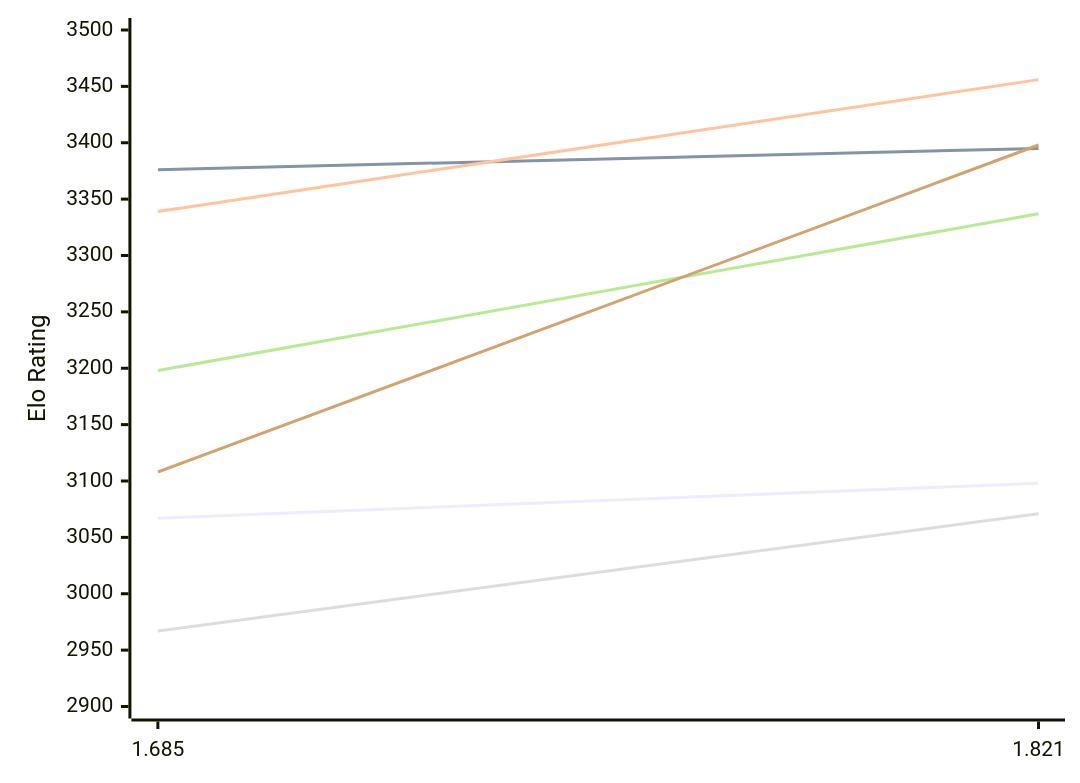
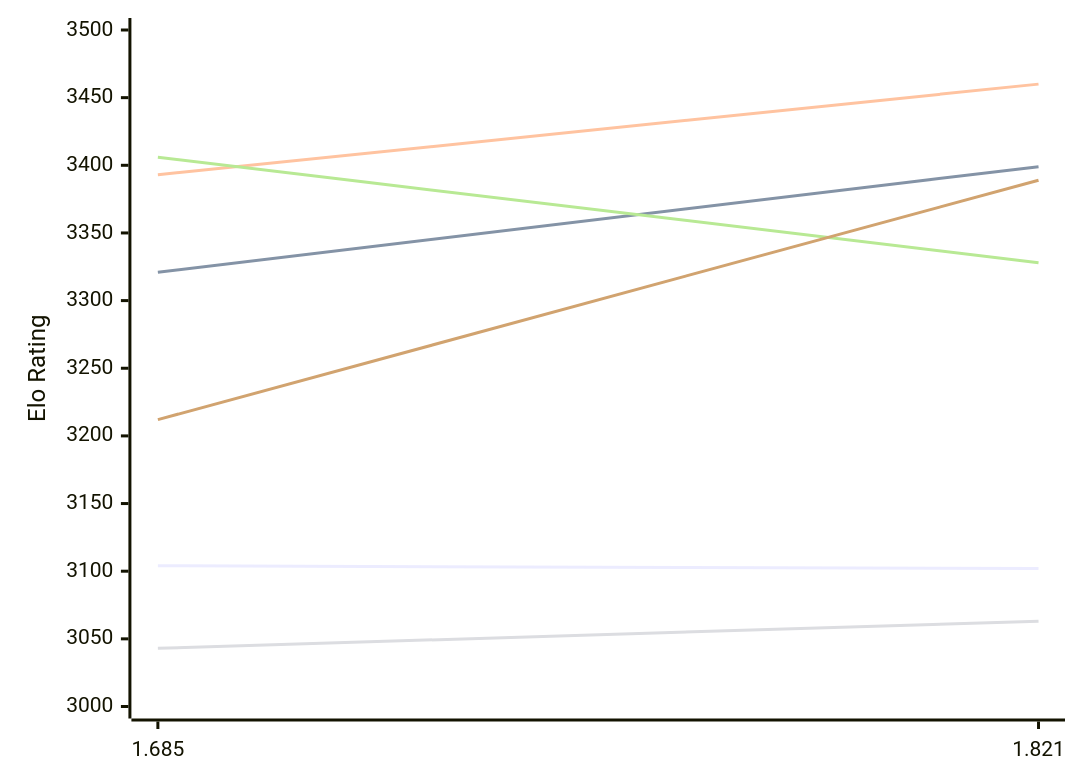
One commit to computer-chess-index/cci changed the first of 2 diagrams in engines/Malika.md. Above: the diagram before and after it, drawn with Mermaid. The commit also changed other lines of this file, not shown here.

Commit message:
Update CCI Ratings (ELO VLTC) - 2026-11-15

````diff
--- a/engines/Malika.md
+++ b/engines/Malika.md
@@ -54,12 +54,12 @@
 ```mermaid
 %%{init: {"theme":"base","themeVariables":{"seriesColors:['#a3a3a3','#222221','#faa371']}}}%%
 xychart-beta
   x-axis ["1.685", "1.821"]
-  y-axis "Elo Rating" 2900 --> 3500
-  line "E1: STC (8.0+0.08s)" [3067, 3098]
-  line "E1: LTC (60.0+0.60s)" [3376, 3395]
-  line "E1: VLTC (2m24s+1.12s)" [3339, 3456]
-  line "P1: STC (8.0+0.08s)" [2967, 3071]
-  line "P1: LTC (60.0+0.60s)" [3198, 3337]
-  line "P1: VLTC (2m24s+1.12s)" [3108, 3398]
+  y-axis "Elo Rating" 3000 --> 3500
+  line "E1: STC (8.0+0.08s)" [3104, 3102]
+  line "E1: LTC (60.0+0.60s)" [3321, 3399]
+  line "E1: VLTC (2m24s+1.12s)" [3393, 3460]
+  line "P1: STC (8.0+0.08s)" [3043, 3063]
+  line "P1: LTC (60.0+0.60s)" [3406, 3328]
+  line "P1: VLTC (2m24s+1.12s)" [3212, 3389]
 ```
````
